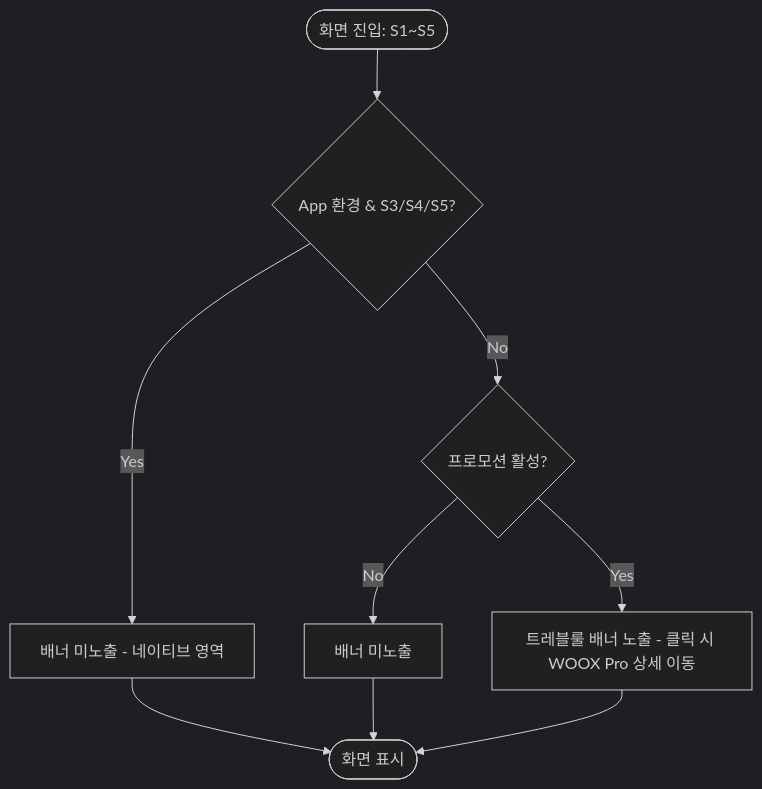
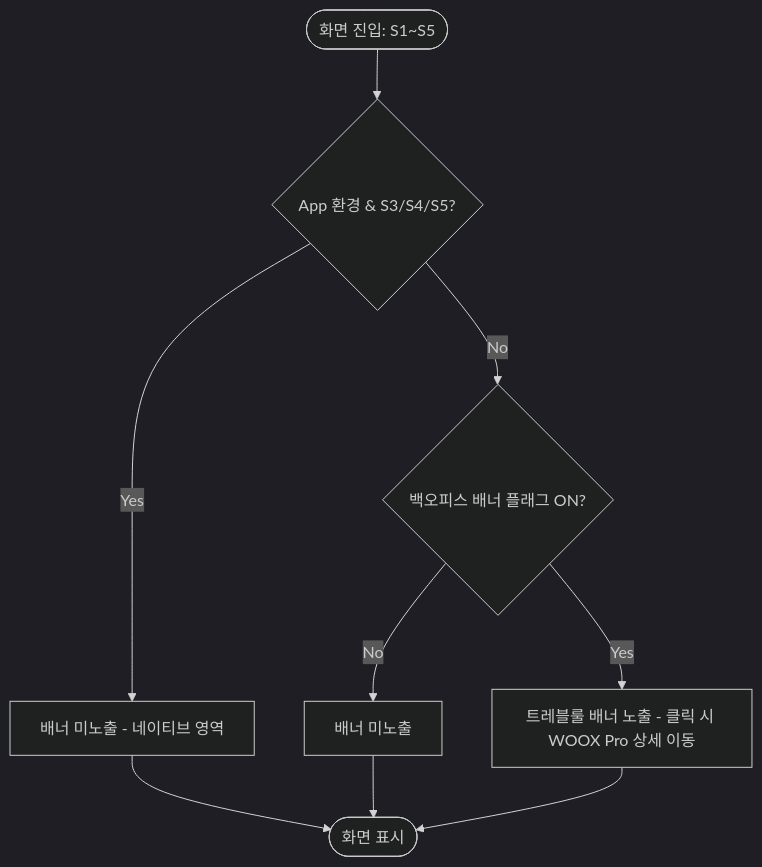
One commit to matthewforwork1213-collab/WOOX_Pro_sub_event changed the fourth of 4 diagrams in 02.기획문서/정보구조도.md. Above: the diagram before and after it, drawn with Mermaid (dark theme). The commit also changed other lines of this file and 2 other files, not shown here.

First line of the commit message:
docs+tool: 다이어그램 렌더러(Mermaid→SVG) 추가 + 정보구조도 게이트 노드 신정책 정렬

````diff
--- a/02.기획문서/정보구조도.md
+++ b/02.기획문서/정보구조도.md
@@ -100,12 +100,12 @@
 ```mermaid
 flowchart TD
     Start([화면 진입: S1~S5]) --> CheckApp{App 환경 &amp; S3/S4/S5?}
     CheckApp -->|Yes| NoBanner[배너 미노출 - 네이티브 영역]
-    CheckApp -->|No| CheckPromo{프로모션 활성?}
+    CheckApp -->|No| CheckPromo{백오피스 배너 플래그 ON?}
     CheckPromo -->|No| NoBanner2[배너 미노출]
     CheckPromo -->|Yes| ShowBanner[트레블룰 배너 노출 - 클릭 시 WOOX Pro 상세 이동]
 
     NoBanner --> End([화면 표시])
     NoBanner2 --> End
     ShowBanner --> End
 ```
````
